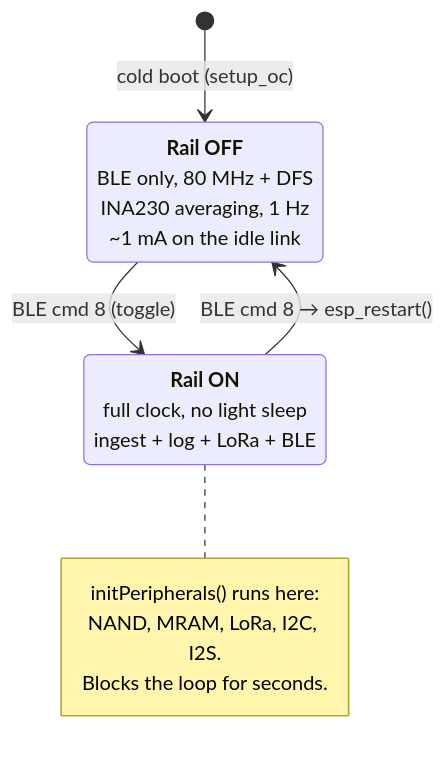
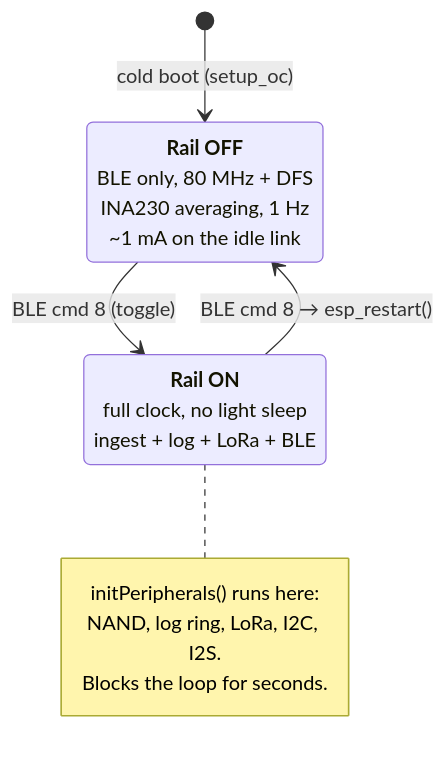
Before and after one commit to Tinkerbug-Robotics/TinkerRocket: the first of 2 diagrams in docs/architecture/out-computer.md, drawn with Mermaid. The commit also changed other lines of this file and 2 other files, not shown here.

````diff
--- a/docs/architecture/out-computer.md
+++ b/docs/architecture/out-computer.md
@@ -48,13 +48,13 @@
 ```mermaid
 stateDiagram-v2
     [*] --> Idle: cold boot (setup_oc)
     Idle: <b>Rail OFF</b><br/>BLE only, 80 MHz + DFS<br/>INA230 averaging, 1 Hz<br/>~1 mA on the idle link
     Active: <b>Rail ON</b><br/>full clock, no light sleep<br/>ingest + log + LoRa + BLE
     Idle --> Active: BLE cmd 8 (toggle)
     Active --> Idle: BLE cmd 8 → esp_restart()
     note right of Active
         initPeripherals() runs here:
-        NAND, MRAM, LoRa, I2C, I2S.
+        NAND, log ring, LoRa, I2C, I2S.
         Blocks the loop for seconds.
     end note
 ```
````
